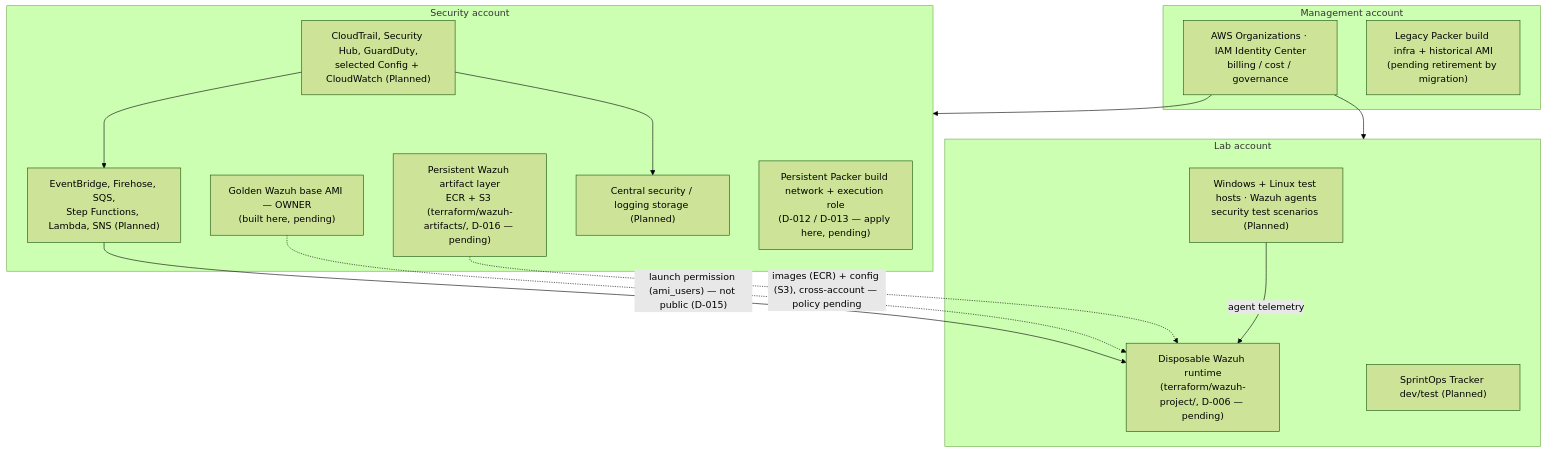
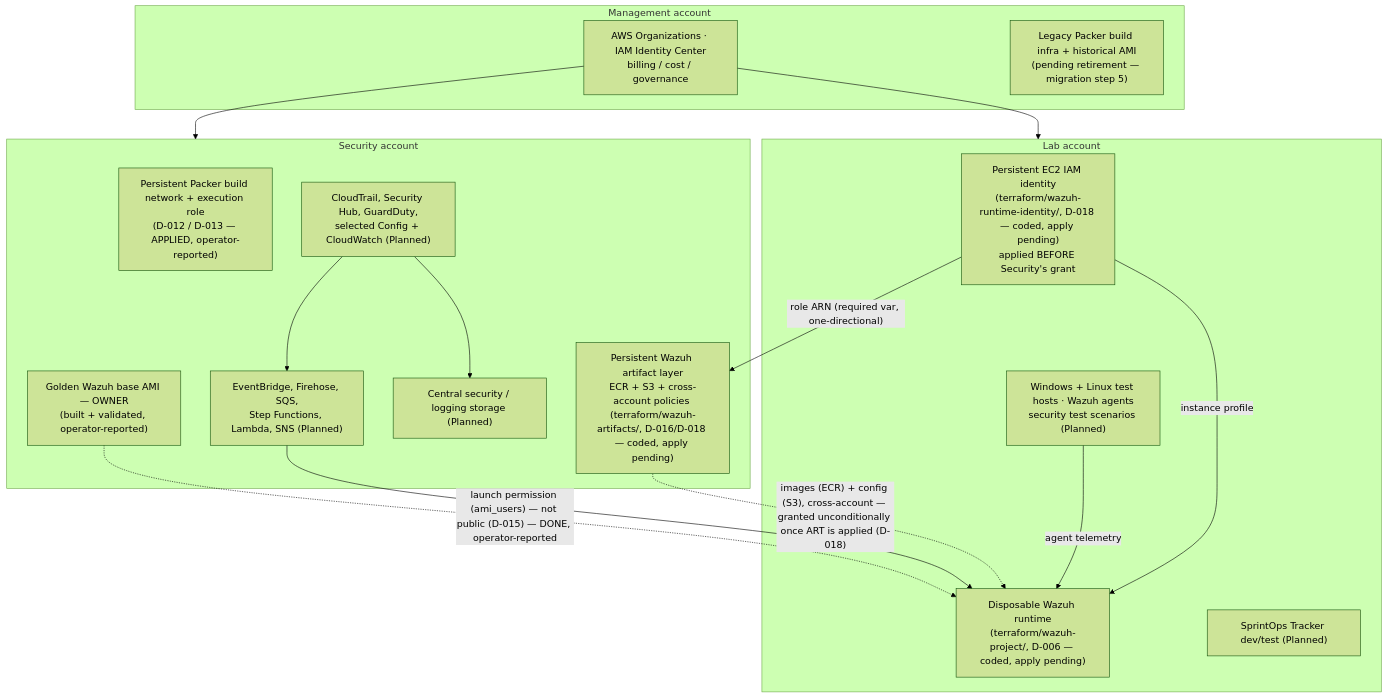
One commit to ERC-320-61/cloud-secops-lab changed the third of 6 diagrams in docs/ARCHITECTURE.md. Above: the diagram before and after it, drawn with Mermaid (forest theme). The commit also changed other lines of this file and 27 other files, not shown here.

Commit message:
refactor: separate persistent Wazuh identity and artifacts

````diff
--- a/docs/ARCHITECTURE.md
+++ b/docs/ARCHITECTURE.md
@@ -198,31 +212,34 @@
 ```mermaid
 flowchart TB
     subgraph MGMT["Management account"]
         ORG["AWS Organizations · IAM Identity Center<br/>billing / cost / governance"]
-        LEG["Legacy Packer build infra + historical AMI<br/>(pending retirement by migration)"]
+        LEG["Legacy Packer build infra + historical AMI<br/>(pending retirement — migration step 5)"]
     end
 
     subgraph SEC["Security account"]
-        PB["Persistent Packer build network + execution role<br/>(D-012 / D-013 — apply here, pending)"]
-        GAMI["Golden Wazuh base AMI — OWNER<br/>(built here, pending)"]
-        ART["Persistent Wazuh artifact layer<br/>ECR + S3 (terraform/wazuh-artifacts/, D-016 — pending)"]
+        PB["Persistent Packer build network + execution role<br/>(D-012 / D-013 — APPLIED, operator-reported)"]
+        GAMI["Golden Wazuh base AMI — OWNER<br/>(built + validated, operator-reported)"]
+        ART["Persistent Wazuh artifact layer<br/>ECR + S3 + cross-account policies (terraform/wazuh-artifacts/, D-016/D-018 — coded, apply pending)"]
         NATIVE["CloudTrail, Security Hub, GuardDuty,<br/>selected Config + CloudWatch (Planned)"]
         PIPE["EventBridge, Firehose, SQS,<br/>Step Functions, Lambda, SNS (Planned)"]
         LOG["Central security / logging storage (Planned)"]
     end
 
     subgraph LAB["Lab account"]
-        RT["Disposable Wazuh runtime<br/>(terraform/wazuh-project/, D-006 — pending)"]
+        IDENT["Persistent EC2 IAM identity<br/>(terraform/wazuh-runtime-identity/, D-018 — coded, apply pending)<br/>applied BEFORE Security's grant"]
+        RT["Disposable Wazuh runtime<br/>(terraform/wazuh-project/, D-006 — coded, apply pending)"]
         HOSTS["Windows + Linux test hosts · Wazuh agents<br/>security test scenarios (Planned)"]
         SPRINT["SprintOps Tracker dev/test (Planned)"]
     end
 
     ORG --> SEC
     ORG --> LAB
-    GAMI -.->|"launch permission (ami_users) — not public (D-015)"| RT
-    ART -.->|"images (ECR) + config (S3), cross-account — policy pending"| RT
+    IDENT -->|"role ARN (required var, one-directional)"| ART
+    IDENT -->|"instance profile"| RT
+    GAMI -.->|"launch permission (ami_users) — not public (D-015) — DONE, operator-reported"| RT
+    ART -.->|"images (ECR) + config (S3), cross-account — granted unconditionally once ART is applied (D-018)"| RT
     HOSTS -->|"agent telemetry"| RT
     NATIVE --> PIPE
     PIPE --> RT
     NATIVE --> LOG
 ```
````
